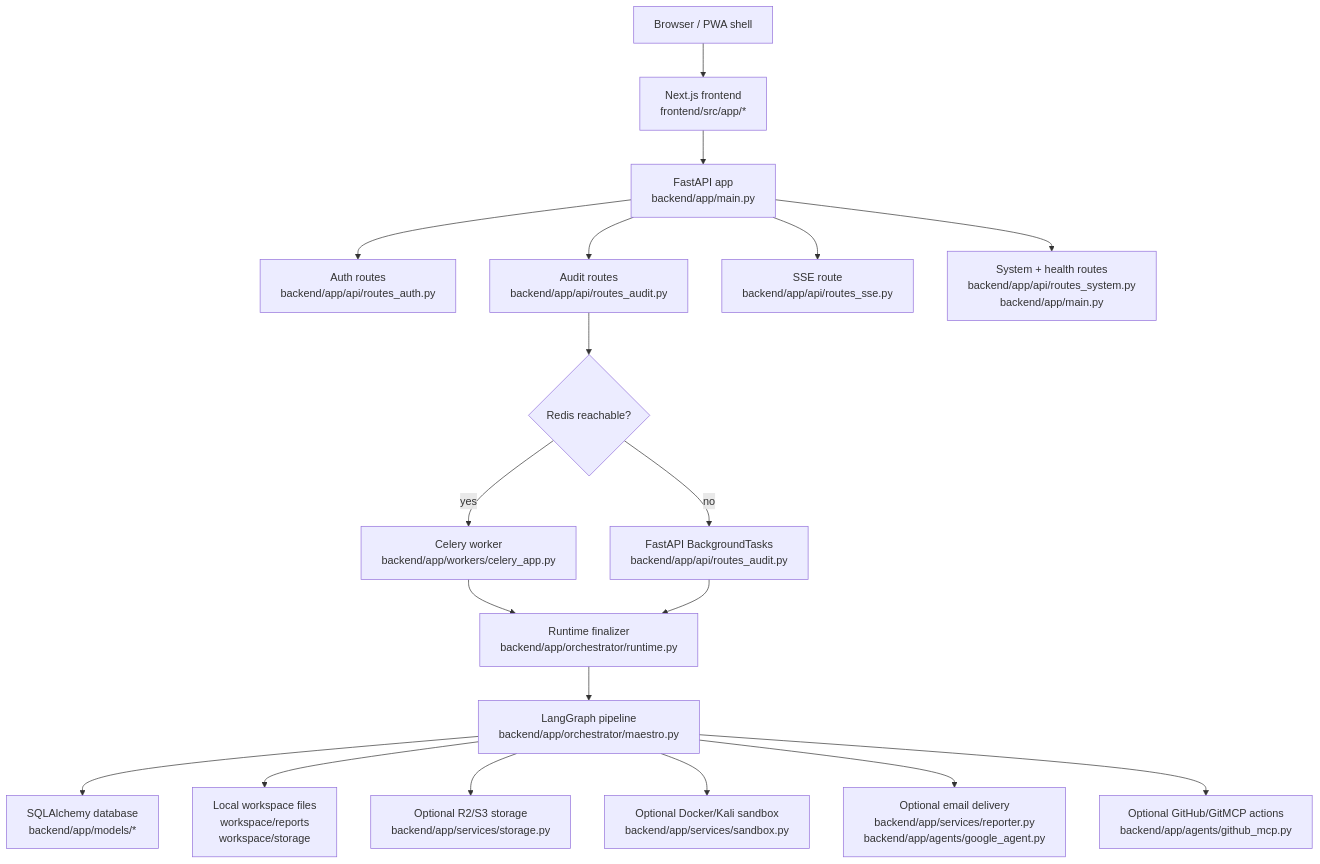
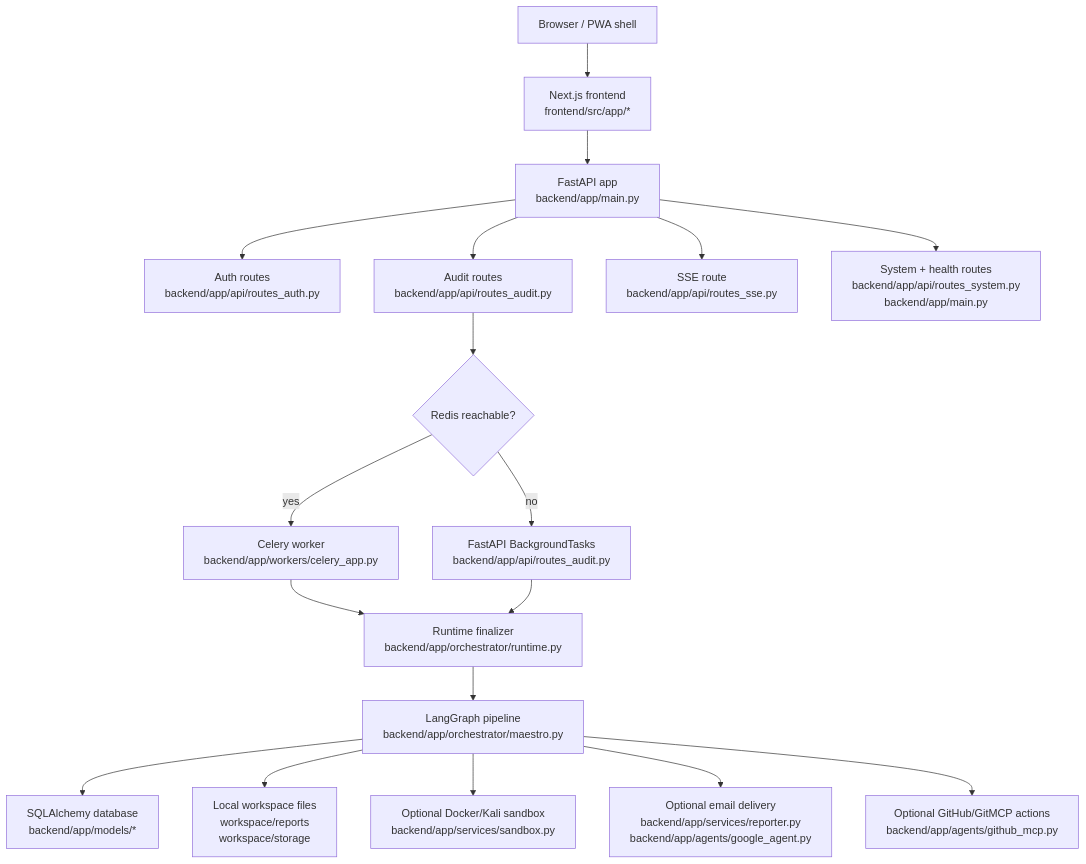
One commit to skvsmdarman/Fire-Crow-prototype-project changed the diagram in docs/ARCHITECTURE.md. Above: the diagram before and after it, drawn with Mermaid. The commit also changed other lines of this file and 39 other files, not shown here.

````diff
--- a/docs/ARCHITECTURE.md
+++ b/docs/ARCHITECTURE.md
@@ -7,21 +7,20 @@
 ```mermaid
 flowchart TD
     Browser["Browser / PWA shell"] --> Frontend["Next.js frontend\nfrontend/src/app/*"]
     Frontend --> API["FastAPI app\nbackend/app/main.py"]
     API --> Auth["Auth routes\nbackend/app/api/routes_auth.py"]
     API --> Audit["Audit routes\nbackend/app/api/routes_audit.py"]
     API --> SSE["SSE route\nbackend/app/api/routes_sse.py"]
     API --> System["System + health routes\nbackend/app/api/routes_system.py\nbackend/app/main.py"]
     Audit --> Dispatch{"Redis reachable?"}
     Dispatch -- "yes" --> Celery["Celery worker\nbackend/app/workers/celery_app.py"]
     Dispatch -- "no" --> BG["FastAPI BackgroundTasks\nbackend/app/api/routes_audit.py"]
     Celery --> Runtime["Runtime finalizer\nbackend/app/orchestrator/runtime.py"]
     BG --> Runtime
     Runtime --> Graph["LangGraph pipeline\nbackend/app/orchestrator/maestro.py"]
     Graph --> DB["SQLAlchemy database\nbackend/app/models/*"]
     Graph --> Local["Local workspace files\nworkspace/reports\nworkspace/storage"]
-    Graph --> R2["Optional R2/S3 storage\nbackend/app/services/storage.py"]
     Graph --> Sandbox["Optional Docker/Kali sandbox\nbackend/app/services/sandbox.py"]
     Graph --> Email["Optional email delivery\nbackend/app/services/reporter.py\nbackend/app/agents/google_agent.py"]
     Graph --> GitHub["Optional GitHub/GitMCP actions\nbackend/app/agents/github_mcp.py"]
 ```
````
